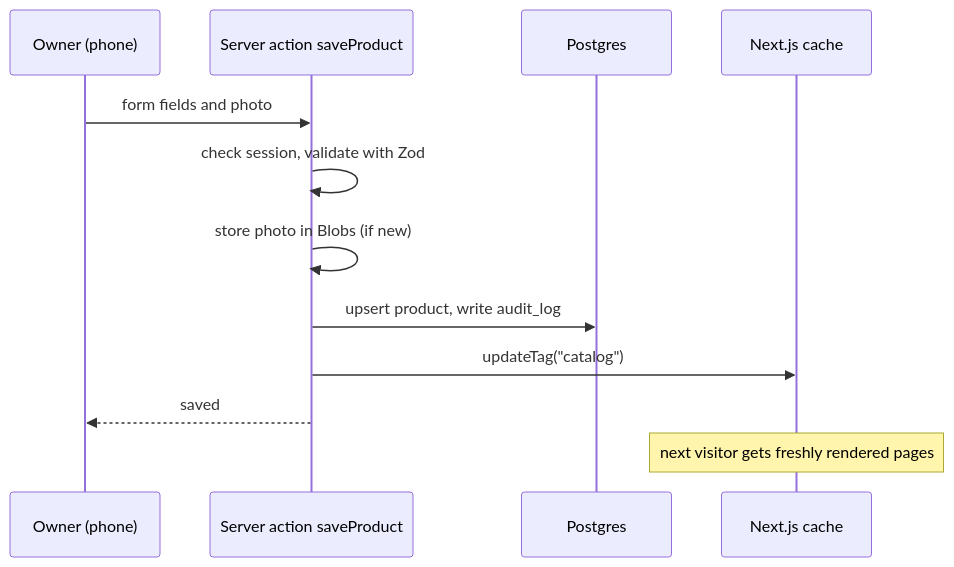
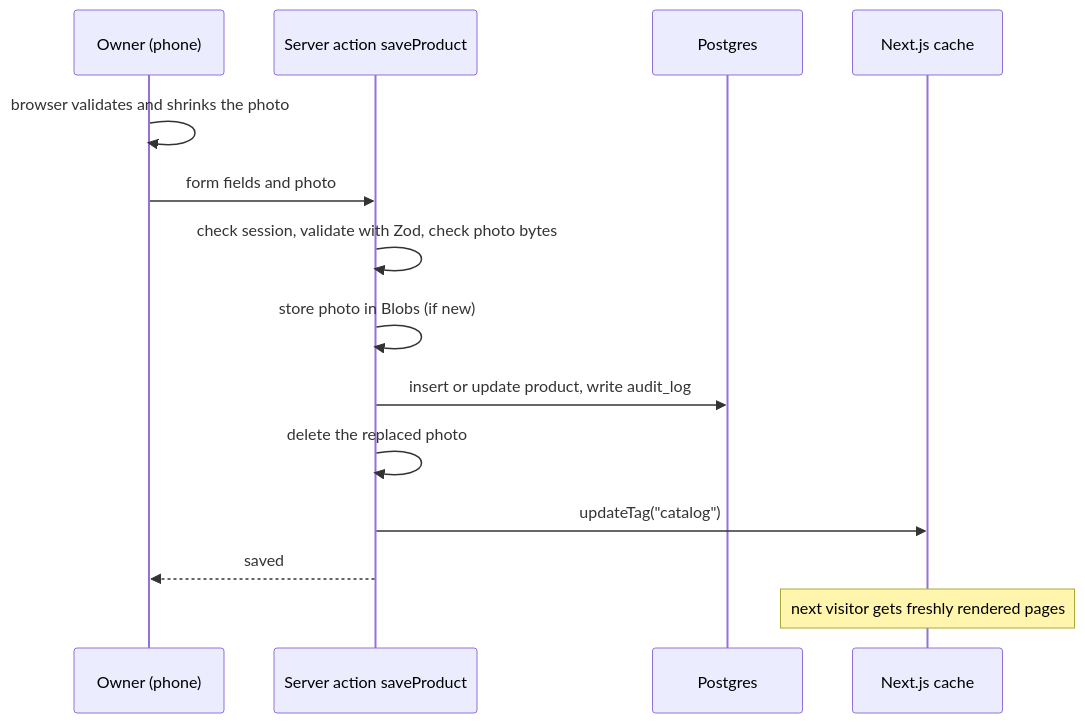
One commit to shubhamdsk/shree-balaji-paints-plywood-hardware changed the third of 3 diagrams in docs/ARCHITECTURE.md. Above: the diagram before and after it, drawn with Mermaid. The commit also changed other lines of this file and 110 other files, not shown here.

````diff
--- a/docs/ARCHITECTURE.md
+++ b/docs/ARCHITECTURE.md
@@ -131,14 +137,16 @@
 ```mermaid
 sequenceDiagram
   participant O as Owner (phone)
   participant A as Server action saveProduct
   participant DB as Postgres
   participant C as Next.js cache
+  O->>O: browser validates and shrinks the photo
   O->>A: form fields and photo
-  A->>A: check session, validate with Zod
+  A->>A: check session, validate with Zod, check photo bytes
   A->>A: store photo in Blobs (if new)
-  A->>DB: upsert product, write audit_log
+  A->>DB: insert or update product, write audit_log
+  A->>A: delete the replaced photo
   A->>C: updateTag("catalog")
   A-->>O: saved
   Note over C: next visitor gets freshly rendered pages
 ```
````
